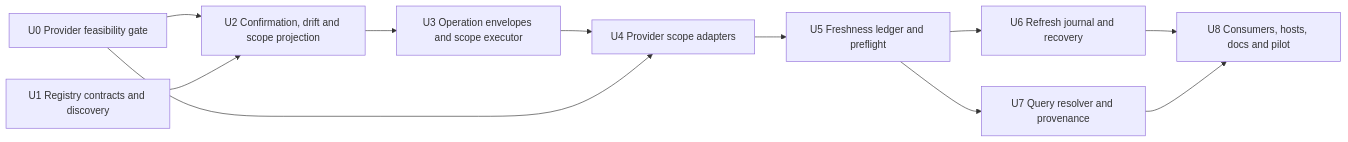
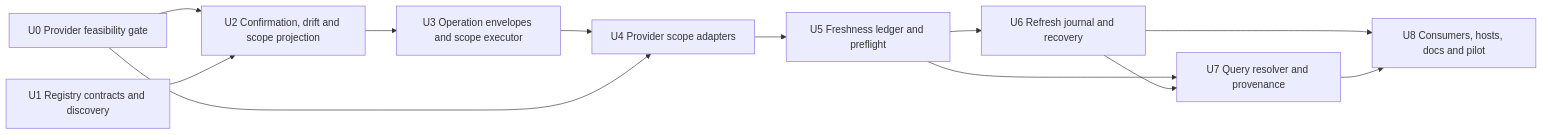
The sixth of 6 diagrams in docs/plans/2026-07-12-006-feat-multi-repo-workspace-graph-lifecycle-query-plan.md (leo-kuang-ai/spec-first), drawn with Mermaid before and after one commit. The commit also changed other lines of this file and 3 other files, not shown here.

````diff
--- a/docs/plans/2026-07-12-006-feat-multi-repo-workspace-graph-lifecycle-query-plan.md
+++ b/docs/plans/2026-07-12-006-feat-multi-repo-workspace-graph-lifecycle-query-plan.md
@@ -439,23 +440,24 @@
 ```mermaid
 flowchart LR
   U0[U0 Provider feasibility gate]
   U1[U1 Registry contracts and discovery]
   U2[U2 Confirmation, drift and scope projection]
   U3[U3 Operation envelopes and scope executor]
   U4[U4 Provider scope adapters]
   U5[U5 Freshness ledger and preflight]
   U6[U6 Refresh journal and recovery]
   U7[U7 Query resolver and provenance]
   U8[U8 Consumers, hosts, docs and pilot]
 
   U0 --> U2
   U1 --> U2
   U2 --> U3
   U3 --> U4
   U0 --> U4
   U4 --> U5
   U5 --> U6
   U5 --> U7
+  U6 --> U7
   U6 --> U8
   U7 --> U8
 ```
````
